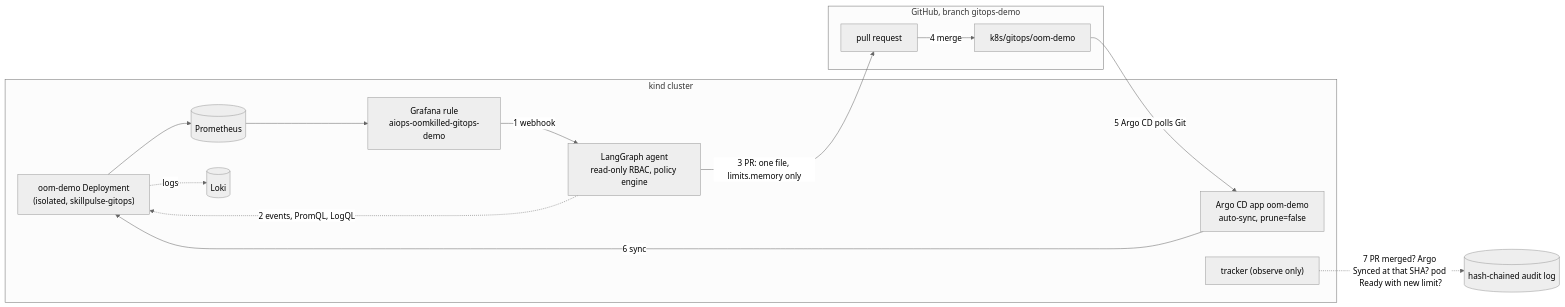
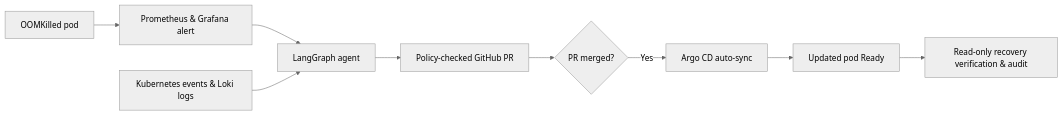
One commit to riyan-ahmed/github-actions-kubernetes-masterclass changed the diagram in README.md. Above: the diagram before and after it, drawn with Mermaid (neutral theme). The commit also changed other lines of this file, not shown here.

Commit message:
docs: streamline README around validated GitOps self-healing demo

````diff
--- a/README.md
+++ b/README.md
@@ -45,21 +22,11 @@
 ```mermaid
 flowchart LR
-  subgraph cl["kind cluster"]
-    DEMO["oom-demo Deployment<br/>(isolated, skillpulse-gitops)"]
-    PROM[(Prometheus)] --> GRAF["Grafana rule<br/>aiops-oomkilled-gitops-demo"]
-    DEMO --> PROM
-    DEMO -.->|logs| LOKI[(Loki)]
-    AGENT["LangGraph agent<br/>read-only RBAC, policy engine"]
-    ARGO["Argo CD app oom-demo<br/>auto-sync, prune=false"]
-    TRK["tracker (observe only)"]
-  end
-  GRAF -->|"1 webhook"| AGENT
-  AGENT -.->|"2 events, PromQL, LogQL"| DEMO
-  AGENT -->|"3 PR: one file, limits.memory only"| PR
-  subgraph gh["GitHub, branch gitops-demo"]
-    PR["pull request"] -->|"4 merge"| MAN["k8s/gitops/oom-demo"]
-  end
-  MAN -->|"5 Argo CD polls Git"| ARGO
-  ARGO -->|"6 sync"| DEMO
-  TRK -.->|"7 PR merged? Argo Synced at that SHA? pod Ready with new limit?"| AUD[(hash-chained audit log)]
+    A["OOMKilled pod"] --> B["Prometheus & Grafana alert"]
+    B --> C["LangGraph agent"]
+    D["Kubernetes events & Loki logs"] --> C
+    C --> E["Policy-checked GitHub PR"]
+    E --> F{"PR merged?"}
+    F -->|Yes| G["Argo CD auto-sync"]
+    G --> H["Updated pod Ready"]
+    H --> I["Read-only recovery verification & audit"]
 ```
````
